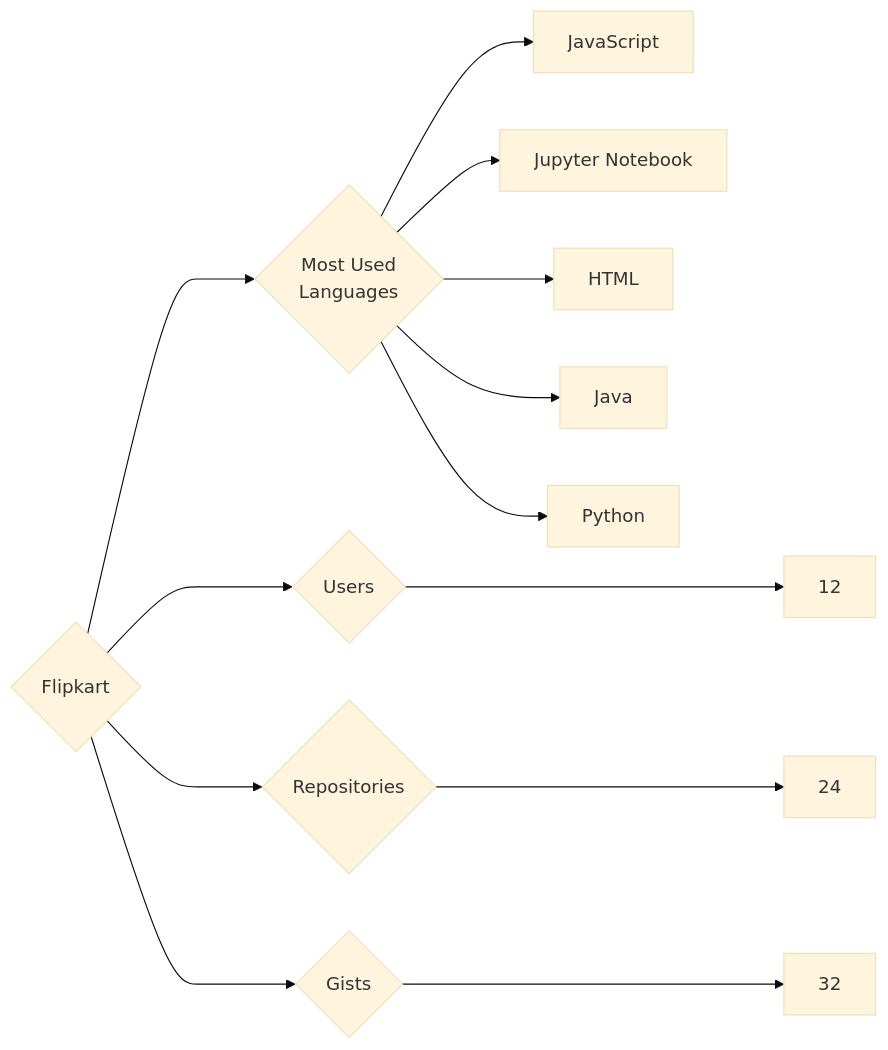
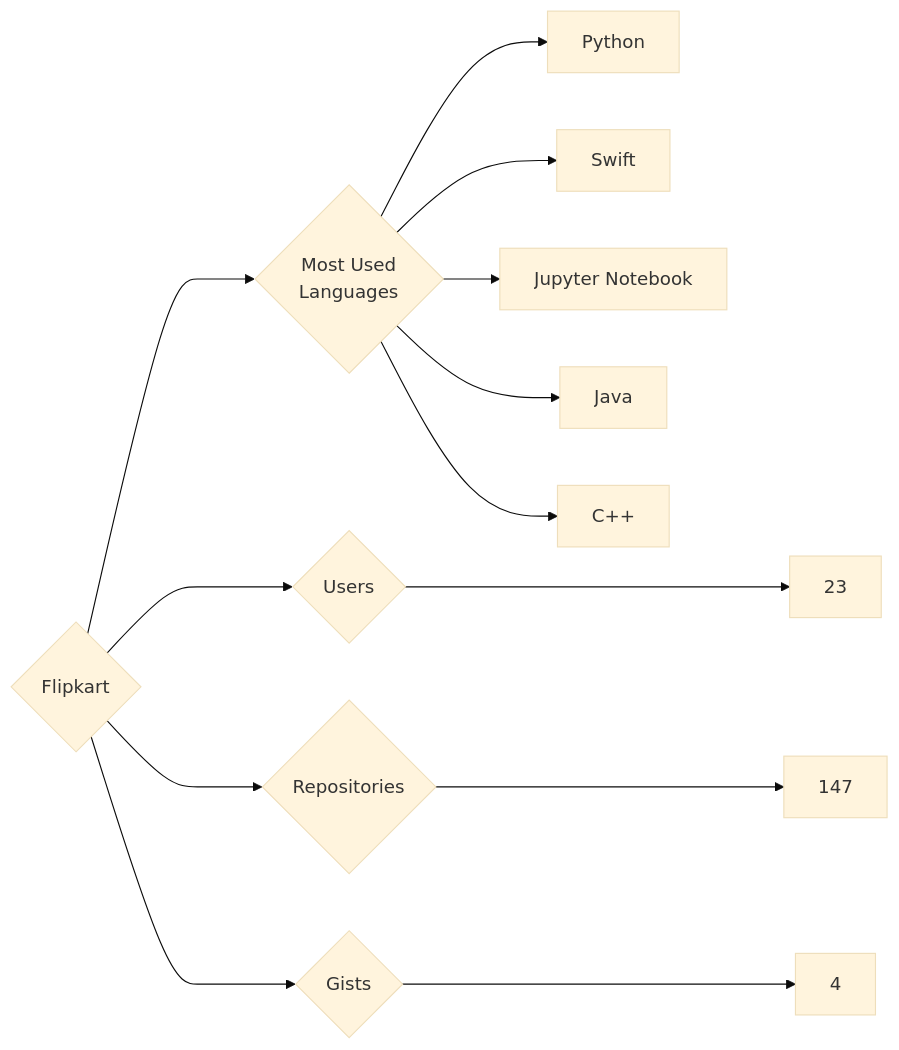
Before and after one commit to trickest/insiders: the diagram in targets/Flipkart/README.md, drawn with Mermaid (base theme). The commit also changed 935 other files, not shown here.

````diff
--- a/targets/Flipkart/README.md
+++ b/targets/Flipkart/README.md
@@ -3,13 +3,13 @@
 ```mermaid
 graph LR
 COMPANY_NAME{Flipkart}
-COMPANY_NAME ---> U{Users} ---> UN[12]
-COMPANY_NAME ---> R{Repositories} ---> RN[24]
-COMPANY_NAME ---> G{Gists} ---> GN[32]
+COMPANY_NAME ---> U{Users} ---> UN[23]
+COMPANY_NAME ---> R{Repositories} ---> RN[147]
+COMPANY_NAME ---> G{Gists} ---> GN[4]
 COMPANY_NAME ---> ML{Most Used<br>Languages}
-ML --> JavaScript[JavaScript]
+ML --> Python[Python]
+ML --> Swift[Swift]
 ML --> Jupyter_Notebook[Jupyter Notebook]
-ML --> HTML[HTML]
 ML --> Java[Java]
-ML --> Python[Python]
+ML --> C++[C++]
 ```
````
